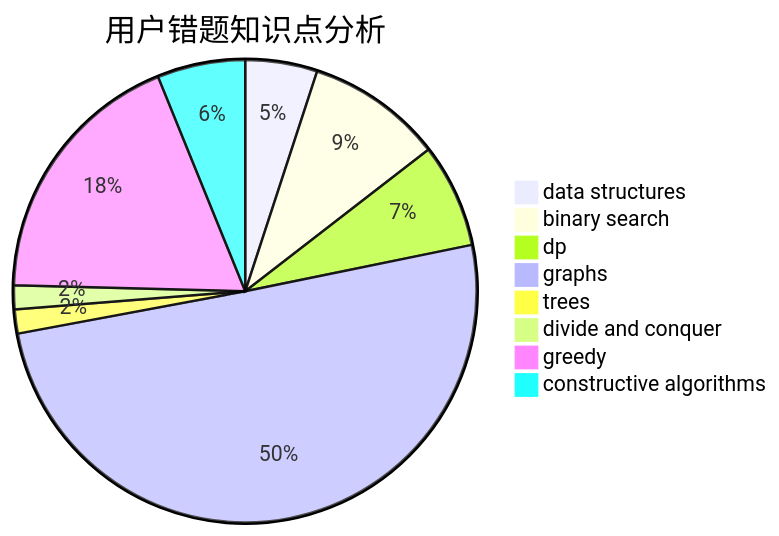
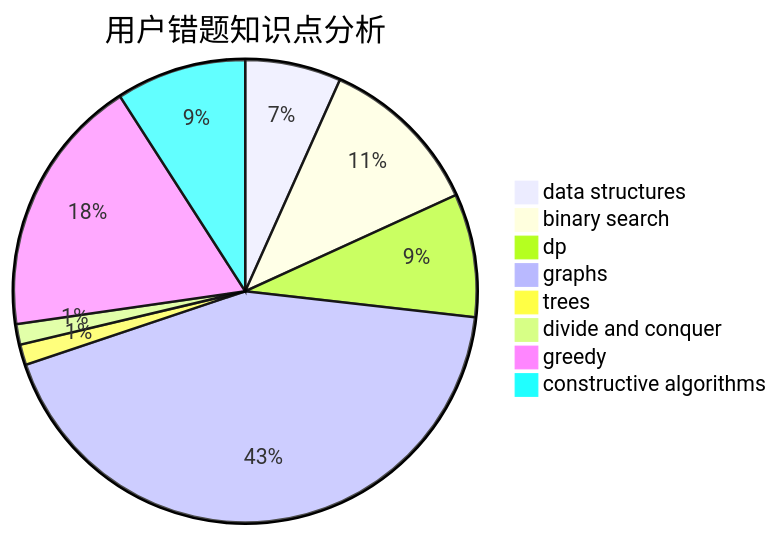
One commit to sherpahu/cfrs.github.io changed the third of 3 diagrams in docs/user/u183.md. Above: the diagram before and after it, drawn with Mermaid. The commit also changed other lines of this file and 2770 other files, not shown here.

````diff
--- a/docs/user/u183.md
+++ b/docs/user/u183.md
@@ -36,11 +36,11 @@
 ```mermaid
 pie title 用户错题知识点分析
-    "data structures" :  9
-    "binary search" :  17
-    "dp" :  13
+    "data structures" :  14
+    "binary search" :  24
+    "dp" :  18
     "graphs" :  90
     "trees" :  3
     "divide and conquer" :  3
-    "greedy" :  33
-    "constructive algorithms" :  11
+    "greedy" :  38
+    "constructive algorithms" :  19
 ```
````
